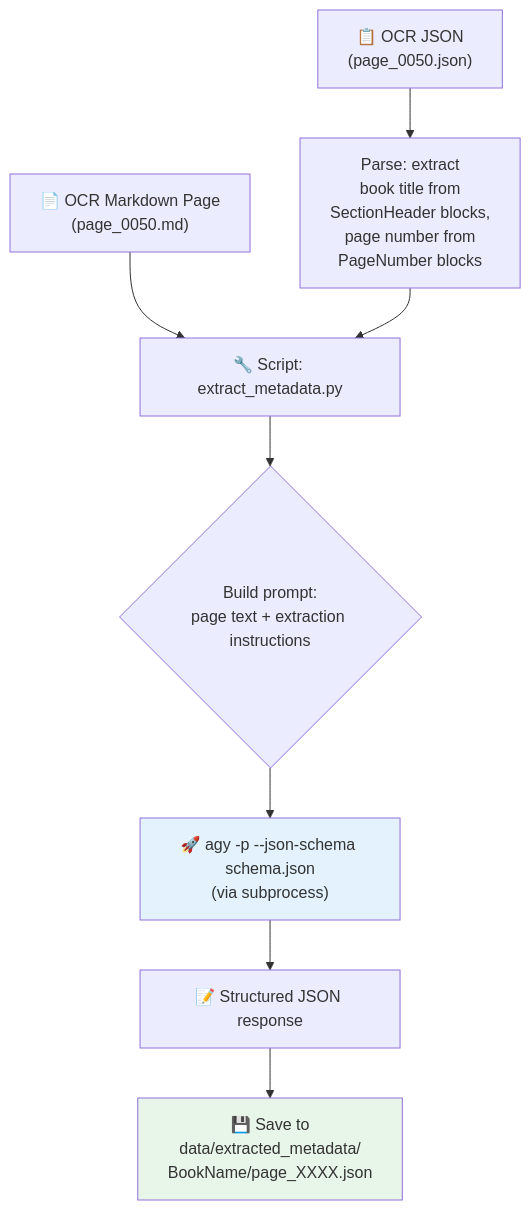
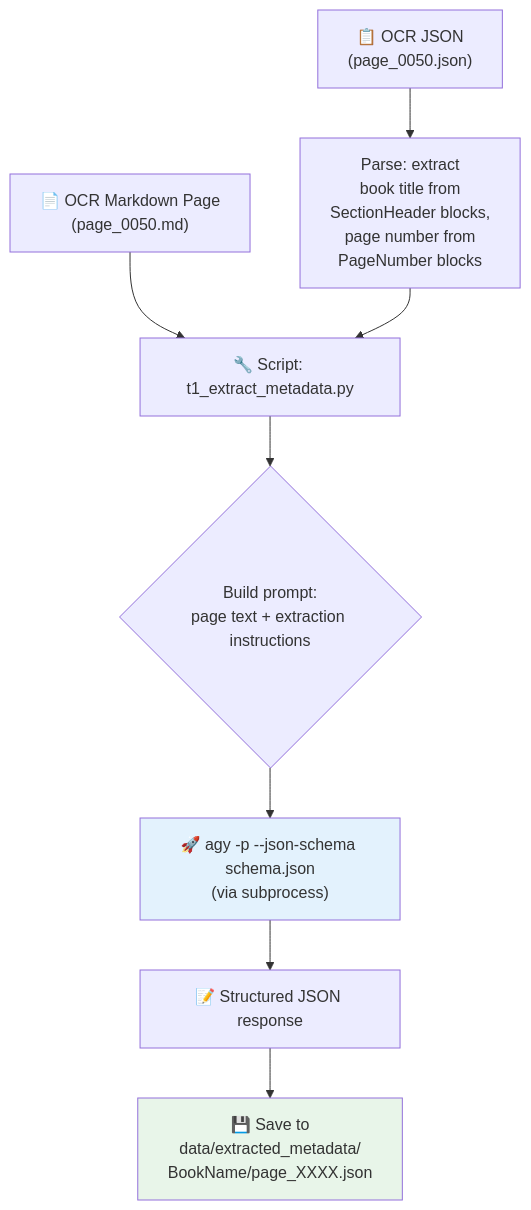
The first of 2 diagrams in t1_metadata_plan.md (Yogesh-B/find-book-reference), drawn with Mermaid before and after one commit. The commit also changed other lines of this file and 6 other files, not shown here.

Commit message:
t1 - metadata extraction script added

````diff
--- a/t1_metadata_plan.md
+++ b/t1_metadata_plan.md
@@ -35,14 +39,14 @@
 ```mermaid
 flowchart TD
-    A["📄 OCR Markdown Page\n(page_0050.md)"] --> B["🔧 Script: extract_metadata.py"]
+    A["📄 OCR Markdown Page\n(page_0050.md)"] --> B["🔧 Script: t1_extract_metadata.py"]
     B --> C{"Build prompt:\npage text + extraction instructions"}
     C --> D["🚀 agy -p --json-schema schema.json\n(via subprocess)"]
     D --> E["📝 Structured JSON response"]
     E --> F["💾 Save to\ndata/extracted_metadata/\nBookName/page_XXXX.json"]
 
     G["📋 OCR JSON\n(page_0050.json)"] --> H["Parse: extract\nbook title from\nSectionHeader blocks,\npage number from\nPageNumber blocks"]
     H --> B
 
     style D fill:#e3f2fd
     style F fill:#e8f5e9
 ```
````
